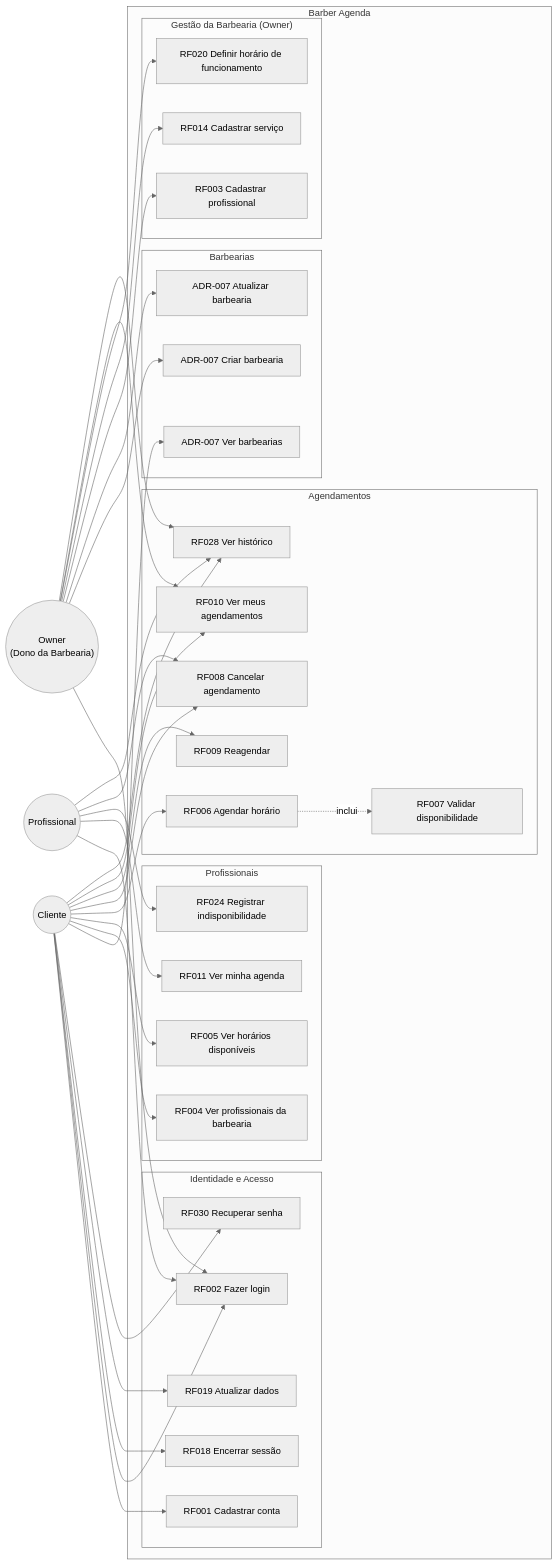
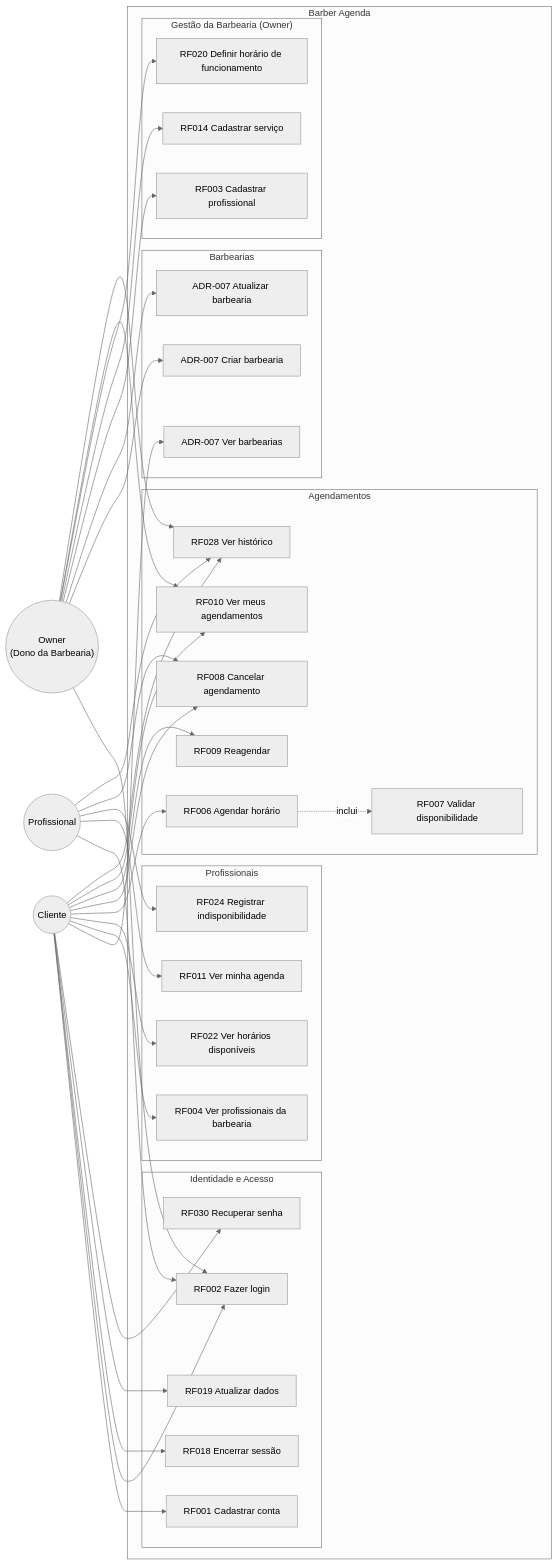
The diagram in docs/architecture/diagrams/use-case-diagram.md (jose2gabriel/BarberAgenda), drawn with Mermaid (neutral theme) before and after one commit. The commit also changed 14 other files, not shown here.

Commit message:
docs(users): align business rules, ADR and roadmap with auth/update implementation

````diff
--- a/docs/architecture/diagrams/use-case-diagram.md
+++ b/docs/architecture/diagrams/use-case-diagram.md
@@ -5,77 +5,77 @@
 ```mermaid
 graph LR
     CLI(("Cliente"))
     PRO(("Profissional"))
     OWN(("Owner\n(Dono da Barbearia)"))
 
     subgraph Sistema["Barber Agenda"]
 
         subgraph Acesso["Identidade e Acesso"]
             UC1["RF001 Cadastrar conta"]
             UC2["RF002 Fazer login"]
             UC18["RF018 Encerrar sessão"]
             UC19["RF019 Atualizar dados"]
             UC30["RF030 Recuperar senha"]
         end
 
         subgraph Barbearia["Barbearias"]
             UCB1["ADR-007 Ver barbearias"]
             UCB2["ADR-007 Criar barbearia"]
             UCB3["ADR-007 Atualizar barbearia"]
         end
 
         subgraph Agendamento["Agendamentos"]
             UC6["RF006 Agendar horário"]
             UC7["RF007 Validar disponibilidade"]
             UC8["RF008 Cancelar agendamento"]
             UC9["RF009 Reagendar"]
             UC10["RF010 Ver meus agendamentos"]
             UC28["RF028 Ver histórico"]
         end
 
         subgraph Profissionais["Profissionais"]
             UC4["RF004 Ver profissionais da barbearia"]
-            UC5["RF005 Ver horários disponíveis"]
+            UC5["RF022 Ver horários disponíveis"]
             UC11["RF011 Ver minha agenda"]
             UC24["RF024 Registrar indisponibilidade"]
         end
 
         subgraph GestaoOwner["Gestão da Barbearia (Owner)"]
             UC3["RF003 Cadastrar profissional"]
             UC14["RF014 Cadastrar serviço"]
             UC20["RF020 Definir horário de funcionamento"]
         end
 
     end
 
     CLI --> UC1
     CLI --> UC2
     CLI --> UC18
     CLI --> UC19
     CLI --> UC30
     CLI --> UCB1
     CLI --> UC4
     CLI --> UC5
     CLI --> UC6
     CLI --> UC8
     CLI --> UC9
     CLI --> UC10
     CLI --> UC28
 
     PRO --> UC2
     PRO --> UC11
     PRO --> UC24
     PRO --> UC8
     PRO --> UC28
 
     OWN --> UC2
     OWN --> UCB2
     OWN --> UCB3
     OWN --> UC3
     OWN --> UC14
     OWN --> UC20
     OWN --> UC10
     OWN --> UC28
 
     UC6 -.->|"inclui"| UC7
 ```
````
